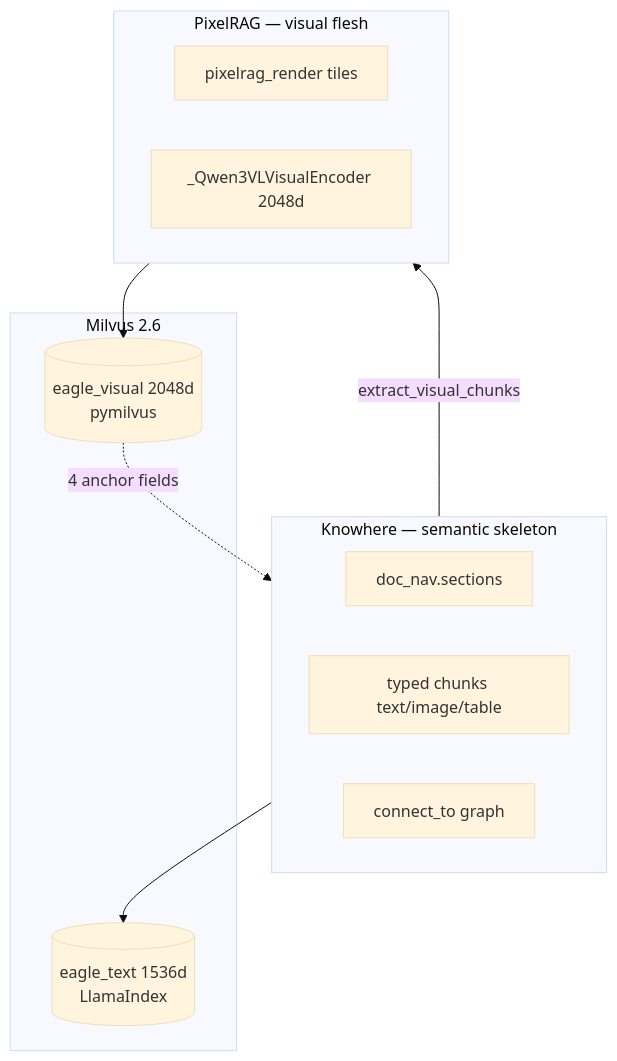
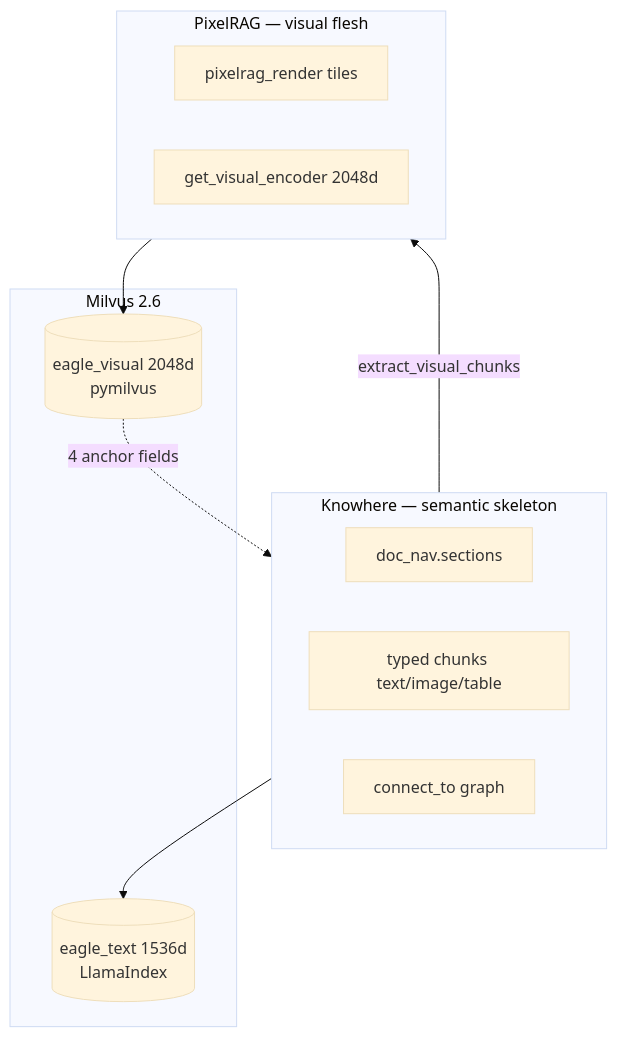
The second of 5 diagrams in docs/en/architecture/multimodal-fusion.md (zhiweio/EagleRAG), drawn with Mermaid (base theme) before and after one commit. The commit also changed other lines of this file and 91 other files, not shown here.

````diff
--- a/docs/en/architecture/multimodal-fusion.md
+++ b/docs/en/architecture/multimodal-fusion.md
@@ -82,20 +82,20 @@
 ```mermaid
 flowchart TB
     subgraph Skeleton["Knowhere — semantic skeleton"]
         SEC["doc_nav.sections"]
         CHK["typed chunks text/image/table"]
         CT["connect_to graph"]
     end
     subgraph Flesh["PixelRAG — visual flesh"]
         REN["pixelrag_render tiles"]
-        EMB["_Qwen3VLVisualEncoder 2048d"]
+        EMB["get_visual_encoder 2048d"]
     end
     subgraph Store["Milvus 2.6"]
         ET[("eagle_text 1536d<br/>LlamaIndex")]
         EV[("eagle_visual 2048d<br/>pymilvus")]
     end
     Skeleton --> ET
     Skeleton -->|"extract_visual_chunks"| Flesh
     Flesh --> EV
     EV -.->|"4 anchor fields"| Skeleton
 ```
````
